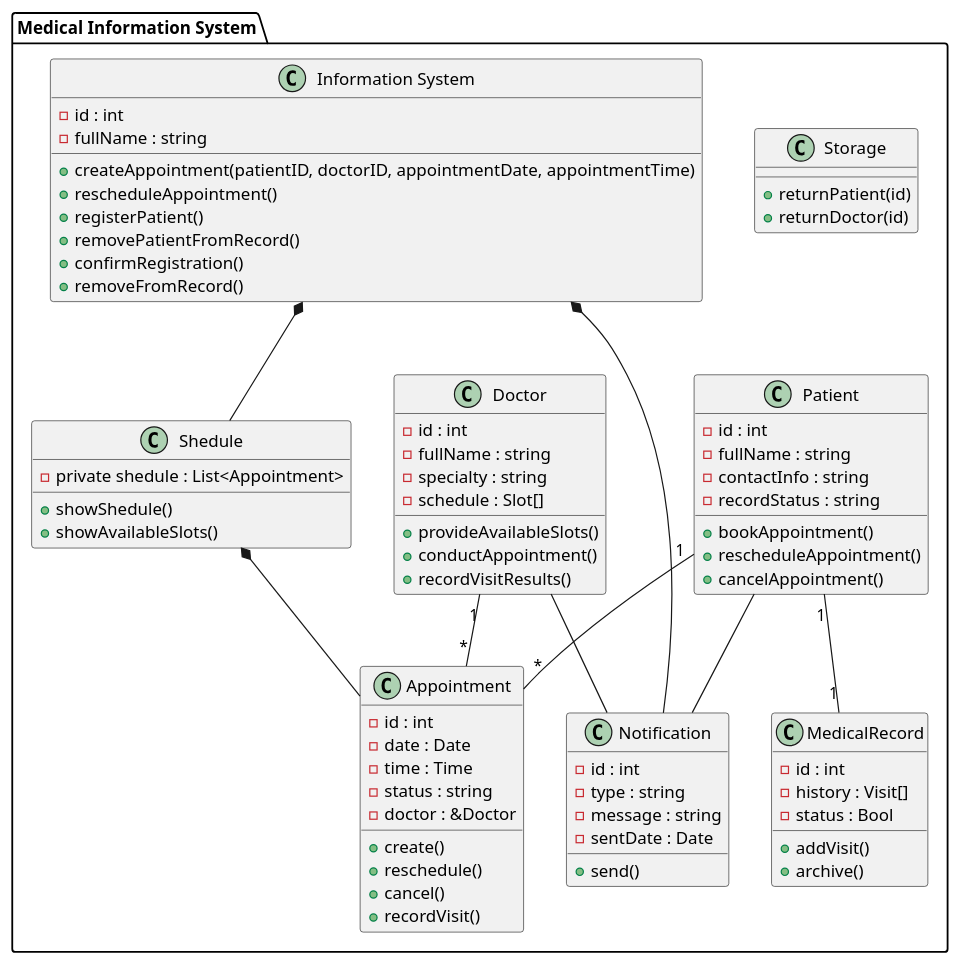
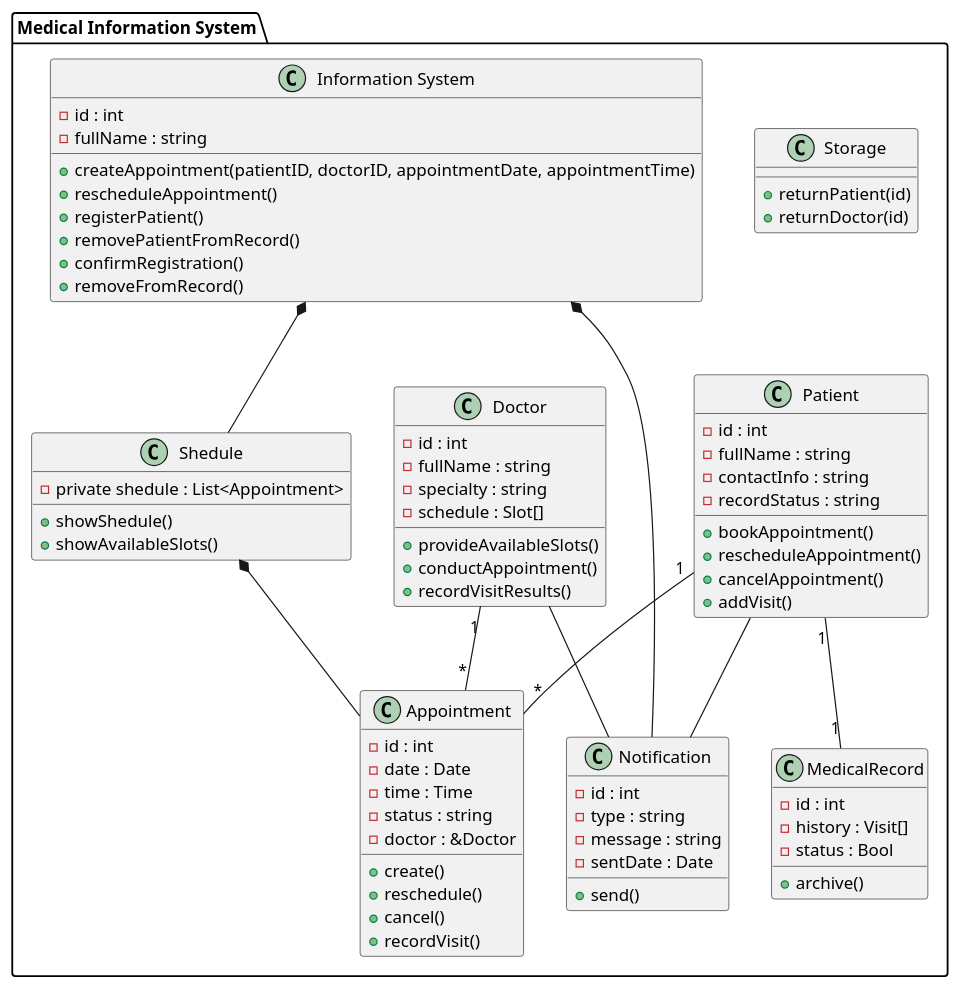
The diagram in class_diagram.puml (penamarth/bsbo-13-23_team3_var3_clinic), drawn with PlantUML before and after one commit. The commit also changed other lines of this file, not shown here.

First line of the commit message:
Update class_diagram.puml

```diff
--- a/class_diagram.puml
+++ b/class_diagram.puml
@@ -1,84 +1,84 @@
 @startuml
 package "Medical Information System" {
 
 class Storage {
   + returnPatient(id)
   + returnDoctor(id)
 }
 
 class Patient {
   - id : int
   - fullName : string
   - contactInfo : string
   - recordStatus : string
   + bookAppointment()
   + rescheduleAppointment()
   + cancelAppointment()
+  + addVisit()
 }
 
 class "Information System" {
   - id : int
   - fullName : string
   + createAppointment(patientID, doctorID, appointmentDate, appointmentTime)
   + rescheduleAppointment()
   + registerPatient()
   + removePatientFromRecord()
   + confirmRegistration()
   + removeFromRecord()
 }
 
 class Doctor {
   - id : int
   - fullName : string
   - specialty : string
   - schedule : Slot[]
   + provideAvailableSlots()
   + conductAppointment()
   + recordVisitResults()
 }
 
 class Shedule {
   - private shedule : List<Appointment>
   + showShedule()
   + showAvailableSlots()
 }
 
 class Appointment {
   - id : int
   - date : Date
   - time : Time
   - status : string
   - doctor : &Doctor
   + create()
   + reschedule()
   + cancel()
   + recordVisit()
 }
 
 class MedicalRecord {
   - id : int
   - history : Visit[]
   - status : Bool
-  + addVisit()
   + archive()
 }
 
 class Notification {
   - id : int
   - type : string
   - message : string
   - sentDate : Date
   + send()
 }
 
 Patient "1" -- "1" MedicalRecord
 Patient "1" -- "*" Appointment
 Patient -- Notification
 Doctor -- Notification
 Doctor "1" -- "*" Appointment
 
 "Information System" *-- Shedule
 "Information System" *-- Notification
 Shedule *-- Appointment
 }
 @enduml
```
